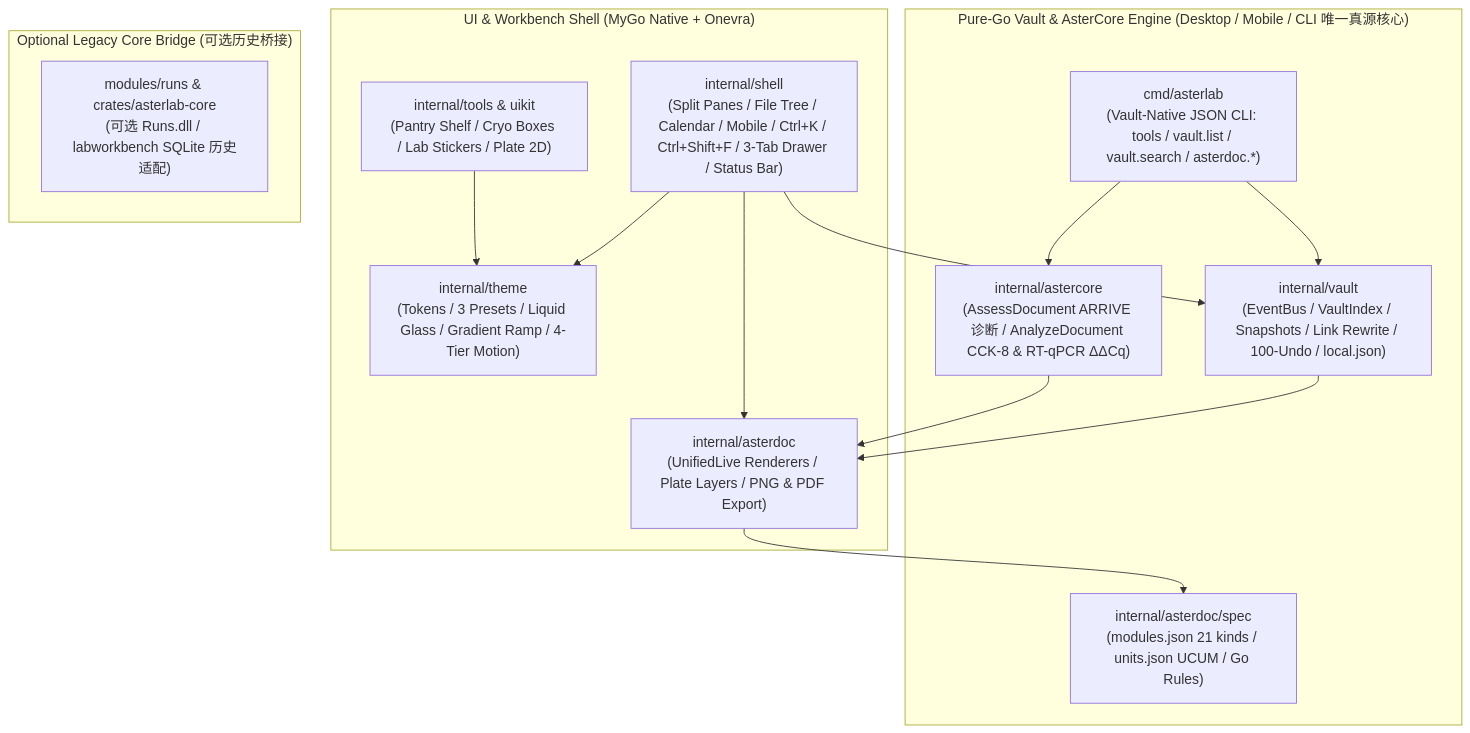
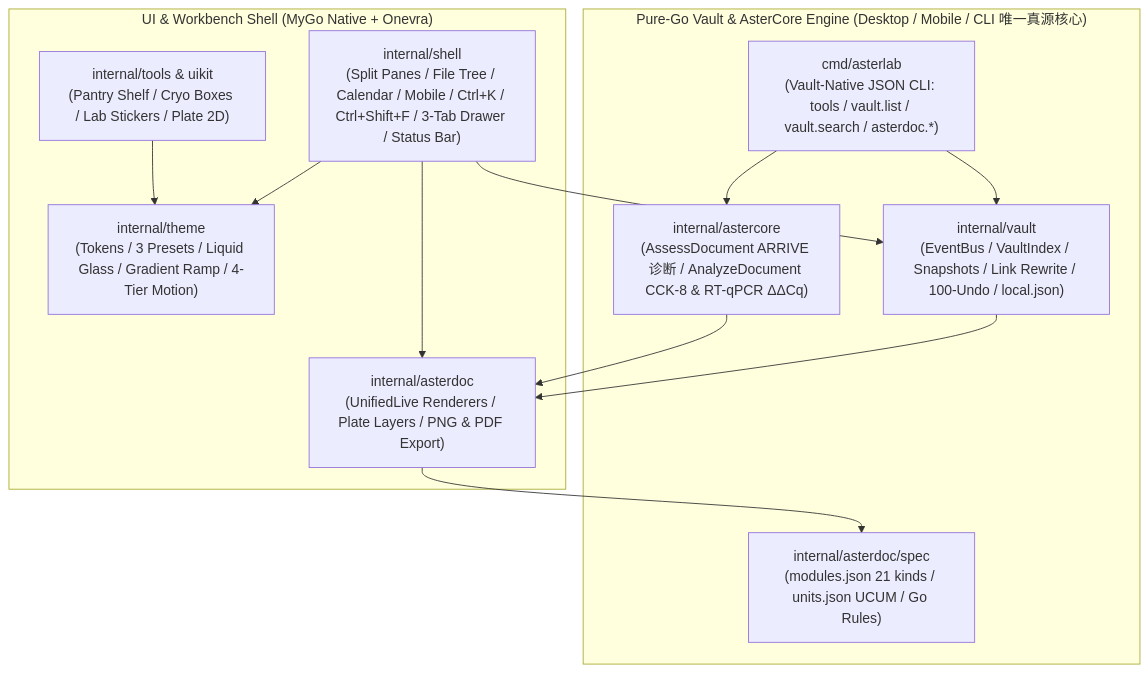
The diagram in docs/handbook/architecture.md (LLLin000/AsterLab), drawn with Mermaid before and after one commit. The commit also changed other lines of this file and 25 other files, not shown here.

````diff
--- a/docs/handbook/architecture.md
+++ b/docs/handbook/architecture.md
@@ -11,30 +11,26 @@
 ```mermaid
 flowchart TB
   subgraph UI["UI & Workbench Shell (MyGo Native + Onevra)"]
     Shell["internal/shell<br/>(Split Panes / File Tree / Calendar / Mobile / Ctrl+K / Ctrl+Shift+F / 3-Tab Drawer / Status Bar)"]
     Theme["internal/theme<br/>(Tokens / 3 Presets / Liquid Glass / Gradient Ramp / 4-Tier Motion)"]
     DocUI["internal/asterdoc<br/>(UnifiedLive Renderers / Plate Layers / PNG & PDF Export)"]
     Tools["internal/tools & uikit<br/>(Pantry Shelf / Cryo Boxes / Lab Stickers / Plate 2D)"]
   end
 
   subgraph Engine["Pure-Go Vault & AsterCore Engine (Desktop / Mobile / CLI 唯一真源核心)"]
     Vault["internal/vault<br/>(EventBus / VaultIndex / Snapshots / Link Rewrite / 100-Undo / local.json)"]
     Core["internal/astercore<br/>(AssessDocument ARRIVE 诊断 / AnalyzeDocument CCK-8 & RT-qPCR ΔΔCq)"]
     CLI["cmd/asterlab<br/>(Vault-Native JSON CLI: tools / vault.list / vault.search / asterdoc.*)"]
     Spec["internal/asterdoc/spec<br/>(modules.json 21 kinds / units.json UCUM / Go Rules)"]
   end
 
-  subgraph Legacy["Optional Legacy Core Bridge (可选历史桥接)"]
-    Bridge["modules/runs & crates/asterlab-core<br/>(可选 Runs.dll / labworkbench SQLite 历史适配)"]
-  end
-
   Shell --> Theme
   Shell --> Vault
   DocUI --> Spec
   Shell --> DocUI
   Tools --> Theme
   Vault --> DocUI
   Core --> DocUI
   CLI --> Vault
   CLI --> Core
 ```
````
